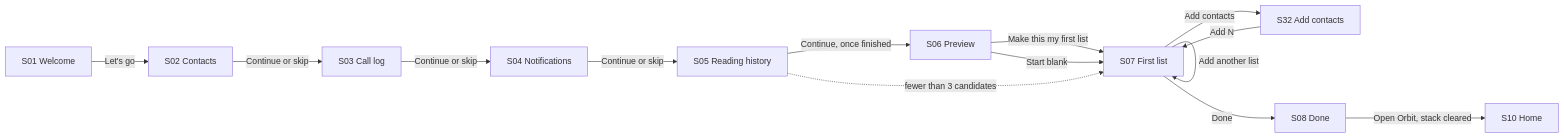
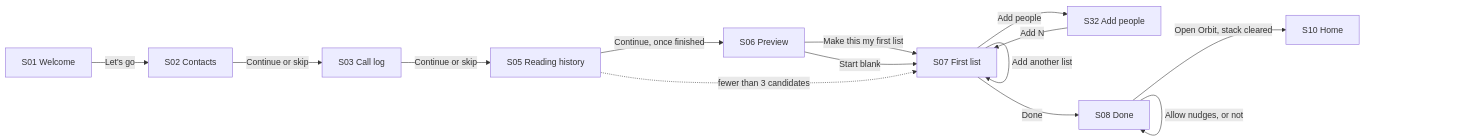
One commit to frosty110/friends-in-orbit changed the first of 3 diagrams in vision/flows/flows.md. Above: the diagram before and after it, drawn with Mermaid. The commit also changed other lines of this file and 1 other file, not shown here.

````diff
--- a/vision/flows/flows.md
+++ b/vision/flows/flows.md
@@ -103,16 +105,16 @@
 ```mermaid
 flowchart LR
   S01[S01 Welcome] -->|Let's go| S02[S02 Contacts]
   S02 -->|Continue or skip| S03[S03 Call log]
-  S03 -->|Continue or skip| S04[S04 Notifications]
-  S04 -->|Continue or skip| S05[S05 Reading history]
+  S03 -->|Continue or skip| S05[S05 Reading history]
   S05 -->|Continue, once finished| S06[S06 Preview]
   S06 -->|Make this my first list| S07[S07 First list]
   S06 -->|Start blank| S07
   S05 -.->|fewer than 3 candidates| S07
-  S07 -->|Add contacts| S32[S32 Add contacts]
+  S07 -->|Add people| S32[S32 Add people]
   S32 -->|Add N| S07
   S07 -->|Add another list| S07
   S07 -->|Done| S08[S08 Done]
+  S08 -->|Allow nudges, or not| S08
   S08 -->|Open Orbit, stack cleared| S10[S10 Home]
 ```
````
